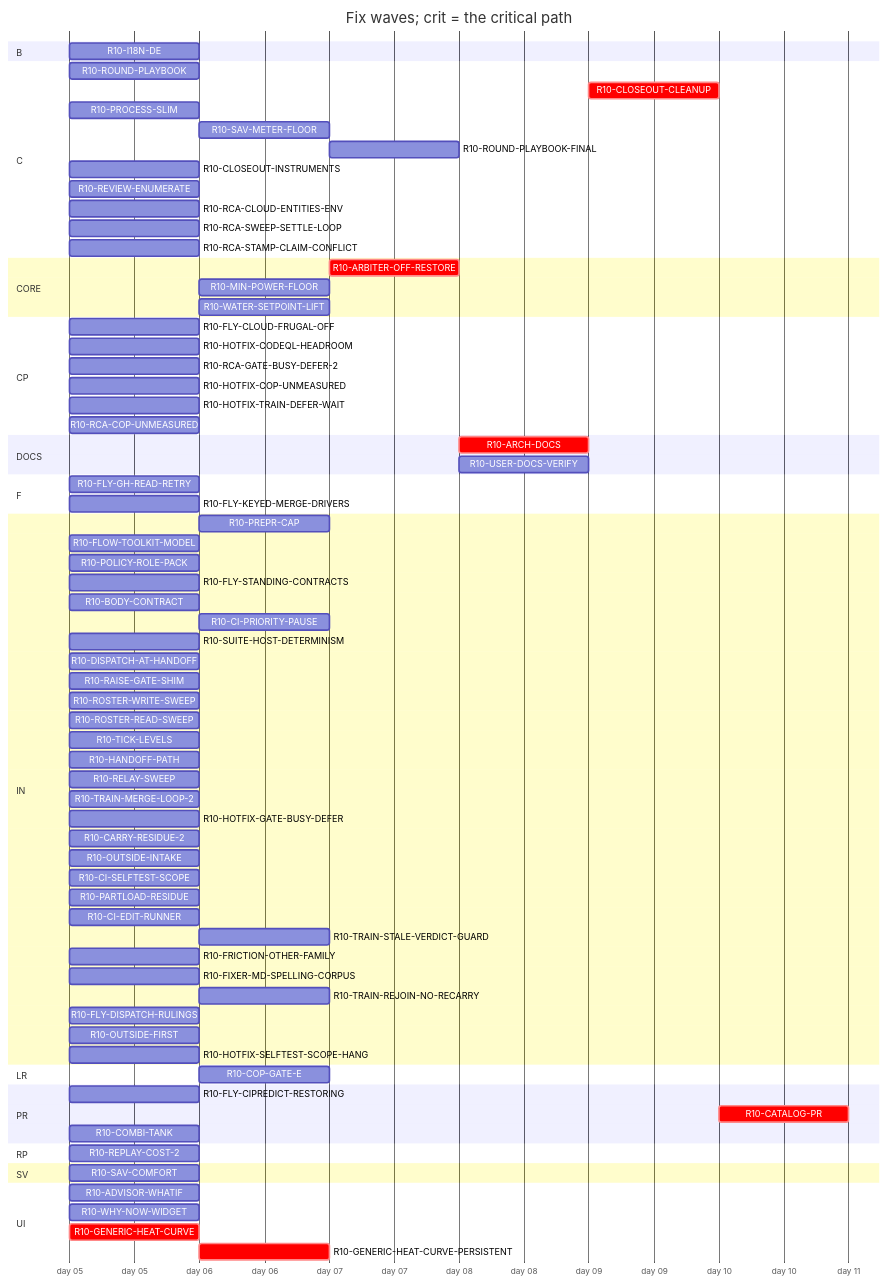
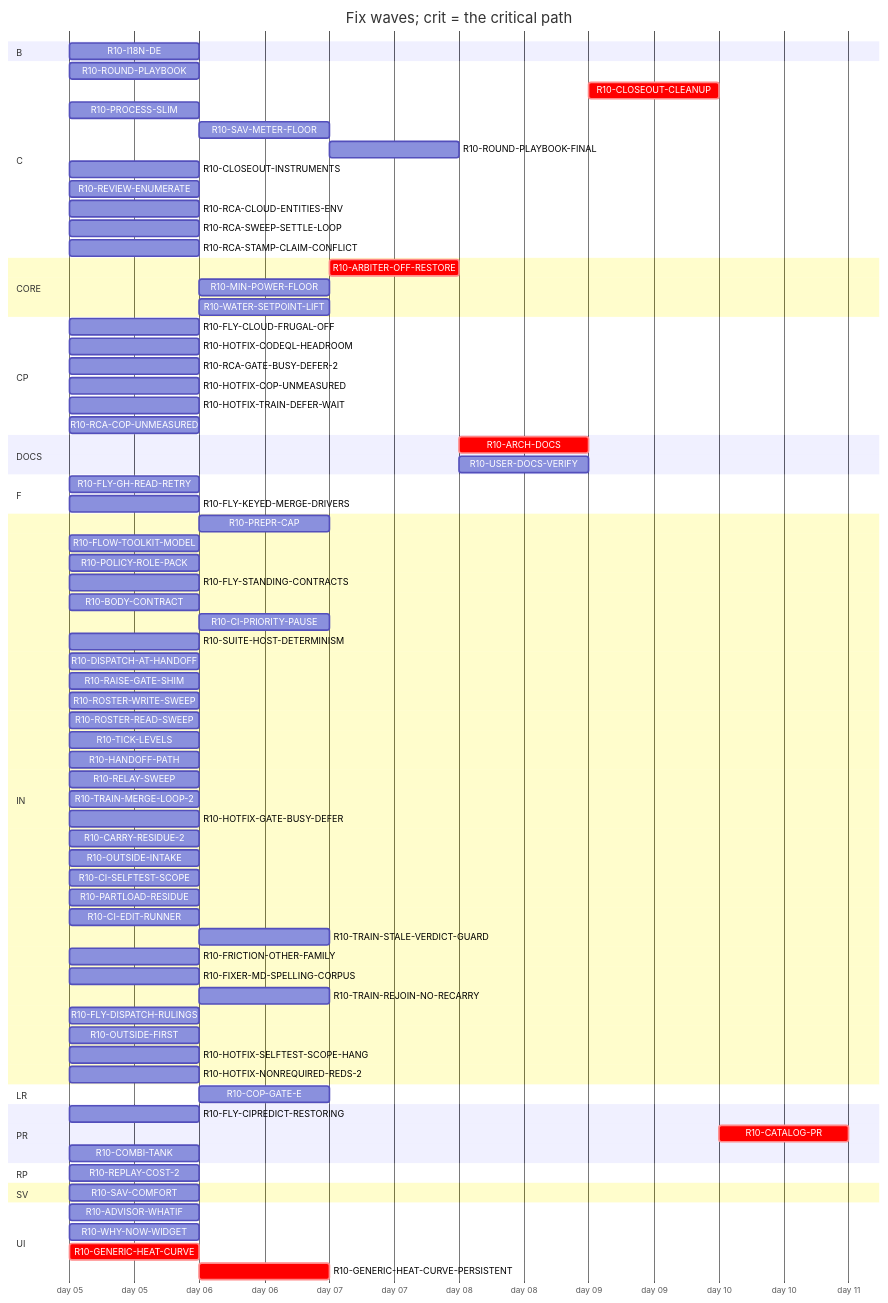
The diagram in handoff/round10/state/PLAN-TABLE.md (tvofi/heatpump_optimizer), drawn with Mermaid before and after one commit. The commit also changed other lines of this file and 4 other files, not shown here.

Commit message:
state: FLOW-BOARD.md, NEXT-SESSION-PROMPT.md, PLAN-TABLE.md, PLAN.html, RESUME-CURRENT.md regenerated (state_docs.py)

````diff
--- a/handoff/round10/state/PLAN-TABLE.md
+++ b/handoff/round10/state/PLAN-TABLE.md
@@ -25,80 +25,81 @@
 ```mermaid
 gantt
   title Fix waves; crit = the critical path
   dateFormat YYYY-MM-DD
   axisFormat day %d
   section B
     R10-I18N-DE :r10I18NDE, 2026-01-05, 1d
   section C
     R10-ROUND-PLAYBOOK :r10ROUNDPLAYBOOK, 2026-01-05, 1d
     R10-CLOSEOUT-CLEANUP :crit, r10CLOSEOUTCLEANUP, after r10ARCHDOCS r10USERDOCSVERIFY r10ROUNDPLAYBOOKFINAL r10CLOSEOUTINSTRUMENTS r10RCAGATEBUSYDEFER2 r10RCACOPUNMEASURED r10FRICTIONOTHERFAMILY, 1d
     R10-PROCESS-SLIM :r10PROCESSSLIM, 2026-01-05, 1d
     R10-SAV-METER-FLOOR :r10SAVMETERFLOOR, after r10SAVCOMFORT, 1d
     R10-ROUND-PLAYBOOK-FINAL :r10ROUNDPLAYBOOKFINAL, after r10PREPRCAP r10HANDOFFPATH r10RELAYSWEEP r10DISPATCHATHANDOFF r10BODYCONTRACT r10TICKLEVELS r10ROSTERWRITESWEEP r10ROSTERREADSWEEP r10FLYSTANDINGCONTRACTS r10POLICYROLEPACK r10FLOWTOOLKITMODEL r10FLYCIPREDICTRESTORING r10RAISEGATESHIM r10FLYGHREADRETRY r10SUITEHOSTDETERMINISM r10ROUNDPLAYBOOK r10PROCESSSLIM r10TRAINMERGELOOP2 r10HOTFIXGATEBUSYDEFER r10CARRYRESIDUE2 r10HOTFIXCODEQLHEADROOM r10OUTSIDEINTAKE r10HOTFIXTRAINDEFERWAIT r10CISELFTESTSCOPE r10TRAINSTALEVERDICTGUARD r10CLOSEOUTINSTRUMENTS r10FRICTIONOTHERFAMILY r10FIXERMDSPELLINGCORPUS, 1d
     R10-CLOSEOUT-INSTRUMENTS :r10CLOSEOUTINSTRUMENTS, 2026-01-05, 1d
     R10-REVIEW-ENUMERATE :r10REVIEWENUMERATE, 2026-01-05, 1d
     R10-RCA-CLOUD-ENTITIES-ENV :r10RCACLOUDENTITIESENV, 2026-01-05, 1d
     R10-RCA-SWEEP-SETTLE-LOOP :r10RCASWEEPSETTLELOOP, 2026-01-05, 1d
     R10-RCA-STAMP-CLAIM-CONFLICT :r10RCASTAMPCLAIMCONFLICT, 2026-01-05, 1d
   section CORE
     R10-ARBITER-OFF-RESTORE :crit, r10ARBITEROFFRESTORE, after r10GENERICHEATCURVE r10GENERICHEATCURVEPERSISTENT r10WATERSETPOINTLIFT, 1d
     R10-MIN-POWER-FLOOR :r10MINPOWERFLOOR, after r10HOTFIXCOPUNMEASURED r10GENERICHEATCURVE, 1d
     R10-WATER-SETPOINT-LIFT :r10WATERSETPOINTLIFT, after r10GENERICHEATCURVE, 1d
   section CP
     R10-FLY-CLOUD-FRUGAL-OFF :r10FLYCLOUDFRUGALOFF, 2026-01-05, 1d
     R10-HOTFIX-CODEQL-HEADROOM :r10HOTFIXCODEQLHEADROOM, 2026-01-05, 1d
     R10-RCA-GATE-BUSY-DEFER-2 :r10RCAGATEBUSYDEFER2, 2026-01-05, 1d
     R10-HOTFIX-COP-UNMEASURED :r10HOTFIXCOPUNMEASURED, 2026-01-05, 1d
     R10-HOTFIX-TRAIN-DEFER-WAIT :r10HOTFIXTRAINDEFERWAIT, 2026-01-05, 1d
     R10-RCA-COP-UNMEASURED :r10RCACOPUNMEASURED, 2026-01-05, 1d
   section DOCS
     R10-ARCH-DOCS :crit, r10ARCHDOCS, after r10SAVCOMFORT r10WHYNOWWIDGET r10ADVISORWHATIF r10PREPRCAP r10HANDOFFPATH r10RELAYSWEEP r10DISPATCHATHANDOFF r10BODYCONTRACT r10TICKLEVELS r10ROSTERWRITESWEEP r10ROSTERREADSWEEP r10FLYSTANDINGCONTRACTS r10POLICYROLEPACK r10FLOWTOOLKITMODEL r10FLYCIPREDICTRESTORING r10RAISEGATESHIM r10FLYGHREADRETRY r10SUITEHOSTDETERMINISM r10PROCESSSLIM r10SAVMETERFLOOR r10HOTFIXCOPUNMEASURED r10COPGATEE r10PARTLOADRESIDUE r10I18NDE r10GENERICHEATCURVE r10GENERICHEATCURVEPERSISTENT r10ARBITEROFFRESTORE r10TRAINMERGELOOP2 r10HOTFIXGATEBUSYDEFER r10CARRYRESIDUE2 r10HOTFIXCODEQLHEADROOM r10OUTSIDEINTAKE r10HOTFIXTRAINDEFERWAIT r10CISELFTESTSCOPE r10TRAINSTALEVERDICTGUARD r10COMBITANK r10CLOSEOUTINSTRUMENTS r10MINPOWERFLOOR r10ROUNDPLAYBOOK r10RCAGATEBUSYDEFER2 r10FRICTIONOTHERFAMILY r10RCACOPUNMEASURED, 1d
     R10-USER-DOCS-VERIFY :r10USERDOCSVERIFY, after r10SAVCOMFORT r10WHYNOWWIDGET r10ADVISORWHATIF r10SAVMETERFLOOR r10HOTFIXCOPUNMEASURED r10COPGATEE r10PARTLOADRESIDUE r10I18NDE r10GENERICHEATCURVE r10GENERICHEATCURVEPERSISTENT r10ARBITEROFFRESTORE r10COMBITANK r10MINPOWERFLOOR, 1d
   section F
     R10-FLY-GH-READ-RETRY :r10FLYGHREADRETRY, 2026-01-05, 1d
     R10-FLY-KEYED-MERGE-DRIVERS :r10FLYKEYEDMERGEDRIVERS, 2026-01-05, 1d
   section IN
     R10-PREPR-CAP :r10PREPRCAP, after r10PROCESSSLIM, 1d
     R10-FLOW-TOOLKIT-MODEL :r10FLOWTOOLKITMODEL, 2026-01-05, 1d
     R10-POLICY-ROLE-PACK :r10POLICYROLEPACK, 2026-01-05, 1d
     R10-FLY-STANDING-CONTRACTS :r10FLYSTANDINGCONTRACTS, 2026-01-05, 1d
     R10-BODY-CONTRACT :r10BODYCONTRACT, 2026-01-05, 1d
     R10-CI-PRIORITY-PAUSE :r10CIPRIORITYPAUSE, after r10TICKLEVELS r10OUTSIDEFIRST, 1d
     R10-SUITE-HOST-DETERMINISM :r10SUITEHOSTDETERMINISM, 2026-01-05, 1d
     R10-DISPATCH-AT-HANDOFF :r10DISPATCHATHANDOFF, 2026-01-05, 1d
     R10-RAISE-GATE-SHIM :r10RAISEGATESHIM, 2026-01-05, 1d
     R10-ROSTER-WRITE-SWEEP :r10ROSTERWRITESWEEP, 2026-01-05, 1d
     R10-ROSTER-READ-SWEEP :r10ROSTERREADSWEEP, 2026-01-05, 1d
     R10-TICK-LEVELS :r10TICKLEVELS, 2026-01-05, 1d
     R10-HANDOFF-PATH :r10HANDOFFPATH, 2026-01-05, 1d
     R10-RELAY-SWEEP :r10RELAYSWEEP, 2026-01-05, 1d
     R10-TRAIN-MERGE-LOOP-2 :r10TRAINMERGELOOP2, 2026-01-05, 1d
     R10-HOTFIX-GATE-BUSY-DEFER :r10HOTFIXGATEBUSYDEFER, 2026-01-05, 1d
     R10-CARRY-RESIDUE-2 :r10CARRYRESIDUE2, 2026-01-05, 1d
     R10-OUTSIDE-INTAKE :r10OUTSIDEINTAKE, 2026-01-05, 1d
     R10-CI-SELFTEST-SCOPE :r10CISELFTESTSCOPE, 2026-01-05, 1d
     R10-PARTLOAD-RESIDUE :r10PARTLOADRESIDUE, 2026-01-05, 1d
     R10-CI-EDIT-RUNNER :r10CIEDITRUNNER, 2026-01-05, 1d
     R10-TRAIN-STALE-VERDICT-GUARD :r10TRAINSTALEVERDICTGUARD, after r10TRAINMERGELOOP2, 1d
     R10-FRICTION-OTHER-FAMILY :r10FRICTIONOTHERFAMILY, 2026-01-05, 1d
     R10-FIXER-MD-SPELLING-CORPUS :r10FIXERMDSPELLINGCORPUS, 2026-01-05, 1d
     R10-TRAIN-REJOIN-NO-RECARRY :r10TRAINREJOINNORECARRY, after r10HOTFIXTRAINDEFERWAIT r10TRAINMERGELOOP2, 1d
     R10-FLY-DISPATCH-RULINGS :r10FLYDISPATCHRULINGS, 2026-01-05, 1d
     R10-OUTSIDE-FIRST :r10OUTSIDEFIRST, 2026-01-05, 1d
     R10-HOTFIX-SELFTEST-SCOPE-HANG :r10HOTFIXSELFTESTSCOPEHANG, 2026-01-05, 1d
+    R10-HOTFIX-NONREQUIRED-REDS-2 :r10HOTFIXNONREQUIREDREDS2, 2026-01-05, 1d
   section LR
     R10-COP-GATE-E :r10COPGATEE, after r10HOTFIXCOPUNMEASURED, 1d
   section PR
     R10-FLY-CIPREDICT-RESTORING :r10FLYCIPREDICTRESTORING, 2026-01-05, 1d
     R10-CATALOG-PR :crit, r10CATALOGPR, after r10USERDOCSVERIFY r10ARCHDOCS r10ROUNDPLAYBOOKFINAL r10CLOSEOUTCLEANUP, 1d
     R10-COMBI-TANK :r10COMBITANK, 2026-01-05, 1d
   section RP
     R10-REPLAY-COST-2 :r10REPLAYCOST2, 2026-01-05, 1d
   section SV
     R10-SAV-COMFORT :r10SAVCOMFORT, 2026-01-05, 1d
   section UI
     R10-ADVISOR-WHATIF :r10ADVISORWHATIF, 2026-01-05, 1d
     R10-WHY-NOW-WIDGET :r10WHYNOWWIDGET, 2026-01-05, 1d
     R10-GENERIC-HEAT-CURVE :crit, r10GENERICHEATCURVE, 2026-01-05, 1d
     R10-GENERIC-HEAT-CURVE-PERSISTENT :crit, r10GENERICHEATCURVEPERSISTENT, after r10GENERICHEATCURVE, 1d
 ```
````
